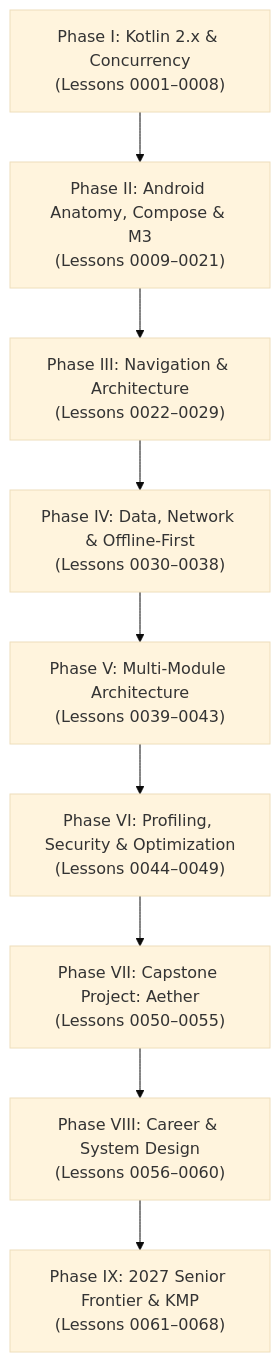
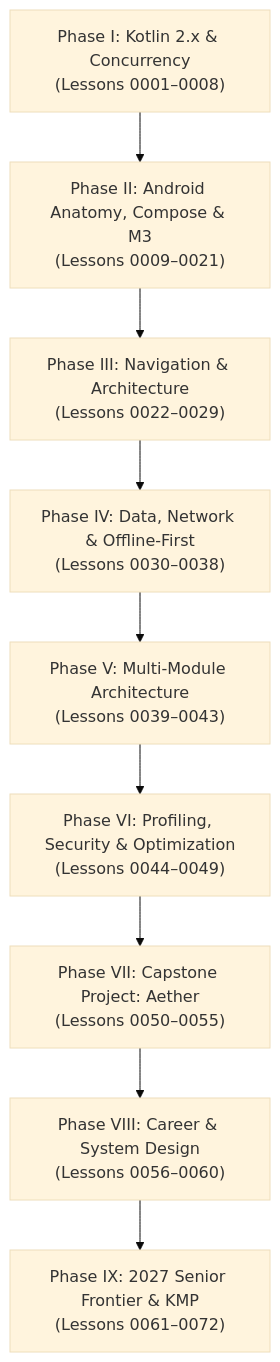
One commit to TimLiu-Dev/Learn changed the diagram in Android/MASTER_PLAN.md. Above: the diagram before and after it, drawn with Mermaid (base theme). The commit also changed other lines of this file and 2188 other files, not shown here.

````diff
--- a/Android/MASTER_PLAN.md
+++ b/Android/MASTER_PLAN.md
@@ -44,11 +44,11 @@
 ```mermaid
 flowchart TD
     P1["Phase I: Kotlin 2.x & Concurrency<br/>(Lessons 0001–0008)"] --> P2["Phase II: Android Anatomy, Compose & M3<br/>(Lessons 0009–0021)"]
     P2 --> P3["Phase III: Navigation & Architecture<br/>(Lessons 0022–0029)"]
     P3 --> P4["Phase IV: Data, Network & Offline-First<br/>(Lessons 0030–0038)"]
     P4 --> P5["Phase V: Multi-Module Architecture<br/>(Lessons 0039–0043)"]
     P5 --> P6["Phase VI: Profiling, Security & Optimization<br/>(Lessons 0044–0049)"]
     P6 --> P7["Phase VII: Capstone Project: Aether<br/>(Lessons 0050–0055)"]
     P7 --> P8["Phase VIII: Career & System Design<br/>(Lessons 0056–0060)"]
-    P8 --> P9["Phase IX: 2027 Senior Frontier & KMP<br/>(Lessons 0061–0068)"]
+    P8 --> P9["Phase IX: 2027 Senior Frontier & KMP<br/>(Lessons 0061–0072)"]
 ```
````
